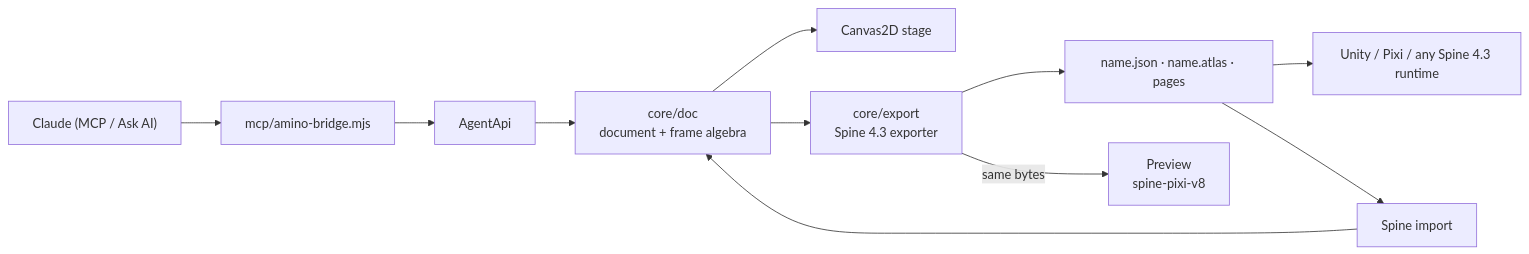
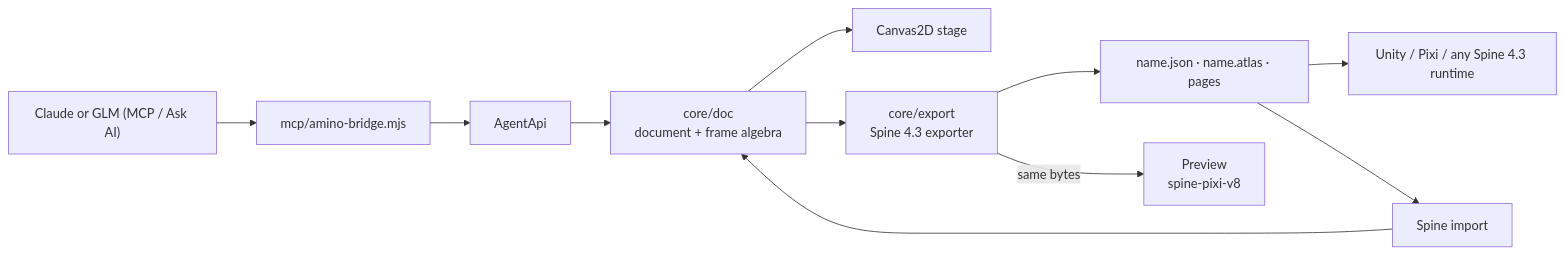
The diagram in README.md (12pnp/M0-Animation-2D), drawn with Mermaid before and after one commit. The commit also changed other lines of this file and 10 other files, not shown here.

First line of the commit message:
AI: GLM as a second Ask AI provider, and bigger AI windows

````diff
--- a/README.md
+++ b/README.md
@@ -12,10 +12,10 @@
 ```mermaid
 flowchart LR
     DOC["core/doc<br/>document + frame algebra"] --> STAGE["Canvas2D stage"]
     DOC --> EXP["core/export<br/>Spine 4.3 exporter"]
     EXP --> FILES["name.json · name.atlas · pages"]
     EXP -->|"same bytes"| PREV["Preview<br/>spine-pixi-v8"]
     FILES --> GAME["Unity / Pixi / any Spine 4.3 runtime"]
     FILES --> IMP["Spine import"] --> DOC
-    AI["Claude (MCP / Ask AI)"] --> BR["mcp/amino-bridge.mjs"] --> AG["AgentApi"] --> DOC
+    AI["Claude or GLM (MCP / Ask AI)"] --> BR["mcp/amino-bridge.mjs"] --> AG["AgentApi"] --> DOC
 ```
````
